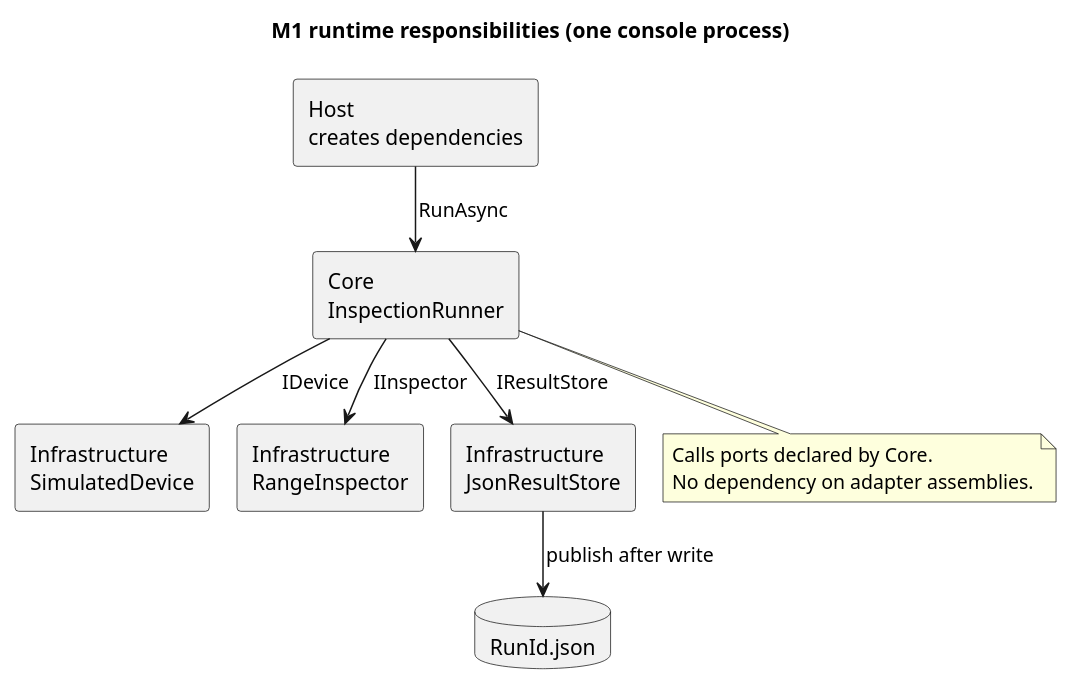
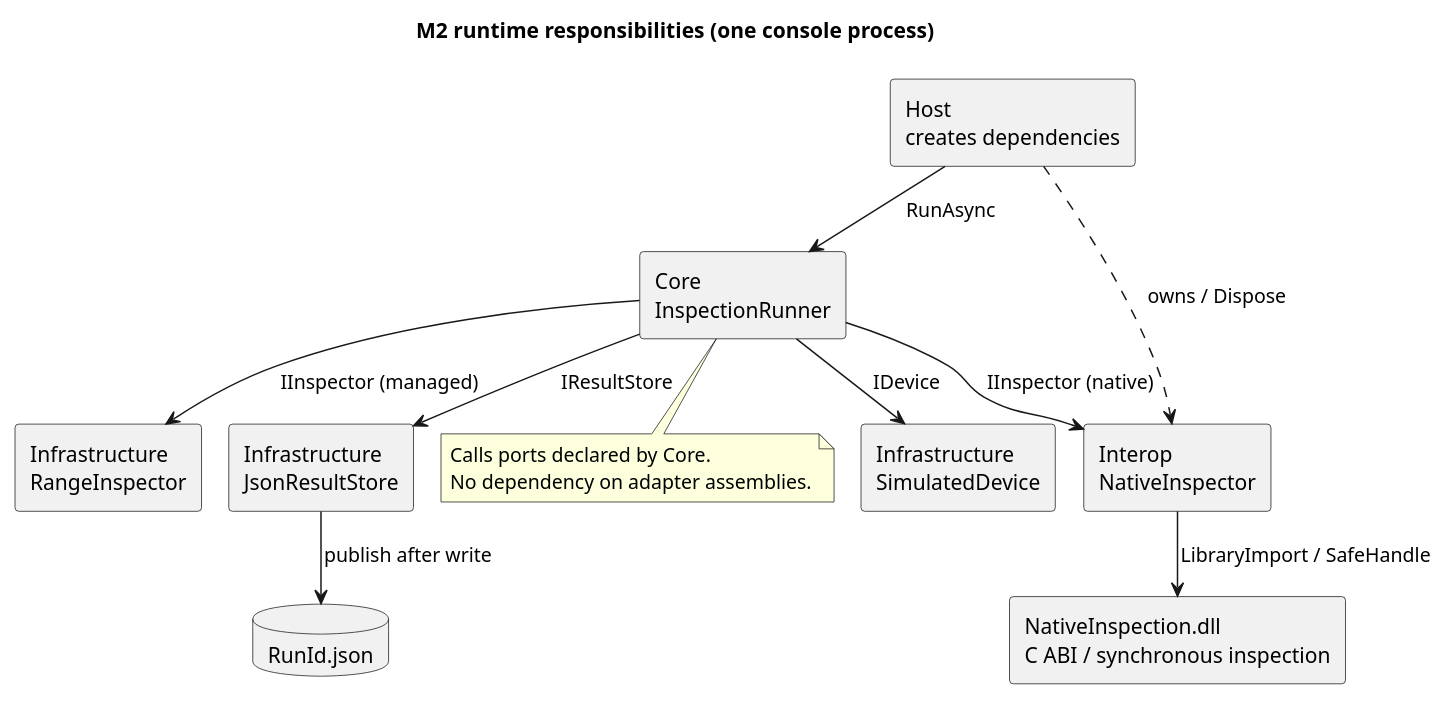
One commit to Myoungmin/CSharp-InspectionCore-Lab changed the diagram in docs/diagrams/architecture.puml. Above: the diagram before and after it, drawn with PlantUML. The commit also changed 52 other files, not shown here.

Commit message:
feat: add native inspection and continuous development workflow

```diff
--- a/docs/diagrams/architecture.puml
+++ b/docs/diagrams/architecture.puml
@@ -1,20 +1,25 @@
 @startuml architecture
 !pragma layout smetana
-title M1 runtime responsibilities (one console process)
+title M2 runtime responsibilities (one console process)
 skinparam componentStyle rectangle
 component "Host\ncreates dependencies" as Host
 component "Core\nInspectionRunner" as Core
 component "Infrastructure\nSimulatedDevice" as Device
 component "Infrastructure\nRangeInspector" as Inspector
+component "Interop\nNativeInspector" as Native
+component "NativeInspection.dll\nC ABI / synchronous inspection" as DLL
 component "Infrastructure\nJsonResultStore" as Store
 database "RunId.json" as Result
 Host --> Core : RunAsync
 Core --> Device : IDevice
-Core --> Inspector : IInspector
+Core --> Inspector : IInspector (managed)
+Core --> Native : IInspector (native)
+Native --> DLL : LibraryImport / SafeHandle
+Host ..> Native : owns / Dispose
 Core --> Store : IResultStore
 Store --> Result : publish after write
 note bottom of Core
 Calls ports declared by Core.
 No dependency on adapter assemblies.
 end note
 @enduml
```
